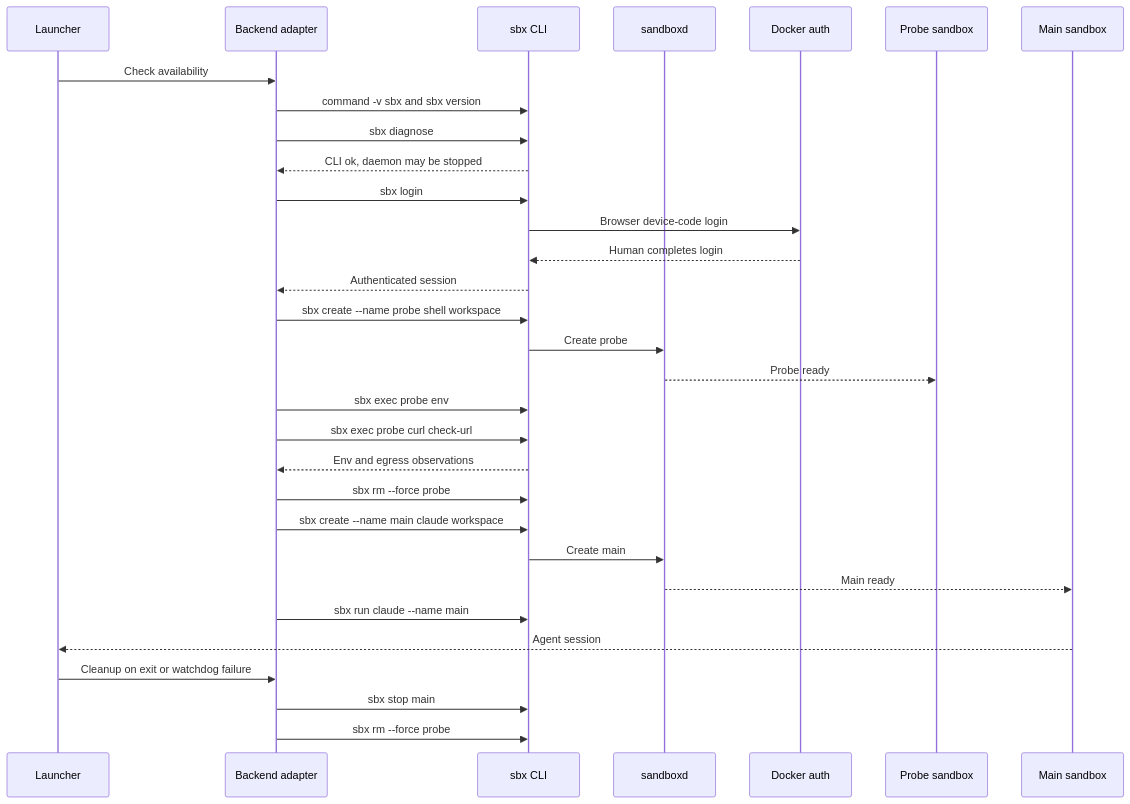
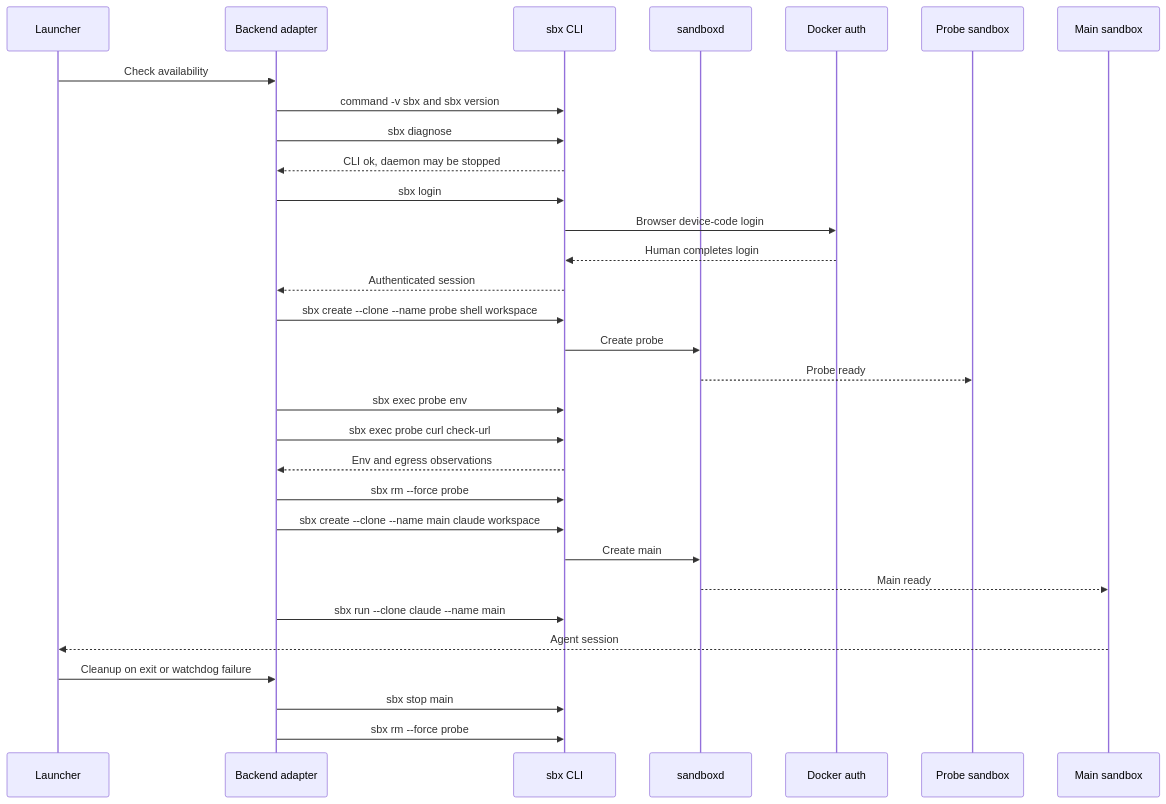
The fifth of 6 diagrams in docs/docker-sandbox-backend.md (liu-qingyuan/safe-claude-sbx), drawn with Mermaid before and after one commit. The commit also changed other lines of this file and 12 other files, not shown here.

````diff
--- a/docs/docker-sandbox-backend.md
+++ b/docs/docker-sandbox-backend.md
@@ -719,34 +724,34 @@
 ```mermaid
 sequenceDiagram
     participant L as Launcher
     participant B as Backend adapter
     participant S as sbx CLI
     participant D as sandboxd
     participant A as Docker auth
     participant P as Probe sandbox
     participant M as Main sandbox
 
     L->>B: Check availability
     B->>S: command -v sbx and sbx version
     B->>S: sbx diagnose
     S-->>B: CLI ok, daemon may be stopped
     B->>S: sbx login
     S->>A: Browser device-code login
     A-->>S: Human completes login
     S-->>B: Authenticated session
-    B->>S: sbx create --name probe shell workspace
+    B->>S: sbx create --clone --name probe shell workspace
     S->>D: Create probe
     D-->>P: Probe ready
     B->>S: sbx exec probe env
     B->>S: sbx exec probe curl check-url
     S-->>B: Env and egress observations
     B->>S: sbx rm --force probe
-    B->>S: sbx create --name main claude workspace
+    B->>S: sbx create --clone --name main claude workspace
     S->>D: Create main
     D-->>M: Main ready
-    B->>S: sbx run claude --name main
+    B->>S: sbx run --clone claude --name main
     M-->>L: Agent session
     L->>B: Cleanup on exit or watchdog failure
     B->>S: sbx stop main
     B->>S: sbx rm --force probe
 ```
````
